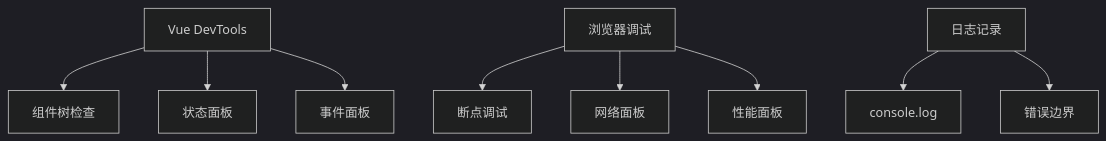
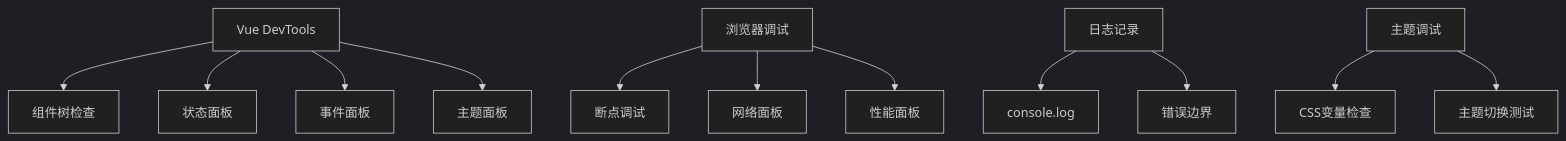
Diagram 20 of 24 in .qoder/repowiki/zh/content/架构设计/桌面端架构设计/前端架构设计/Vue组件系统架构.md (itsharex/NexTunnel), drawn with Mermaid (dark theme) before and after one commit. The commit also changed other lines of this file and 41 other files, not shown here.

````diff
--- a/.qoder/repowiki/zh/content/架构设计/桌面端架构设计/前端架构设计/Vue组件系统架构.md
+++ b/.qoder/repowiki/zh/content/架构设计/桌面端架构设计/前端架构设计/Vue组件系统架构.md
@@ -468,11 +548,14 @@
 ```mermaid
 graph TB
 A[Vue DevTools] --> B[组件树检查]
 A --> C[状态面板]
 A --> D[事件面板]
-E[浏览器调试] --> F[断点调试]
-E --> G[网络面板]
-E --> H[性能面板]
-I[日志记录] --> J[console.log]
-I --> K[错误边界]
+A --> E[主题面板]
+F[浏览器调试] --> G[断点调试]
+F --> H[网络面板]
+F --> I[性能面板]
+J[日志记录] --> K[console.log]
+J --> L[错误边界]
+M[主题调试] --> N[CSS变量检查]
+M --> O[主题切换测试]
 ```
````
